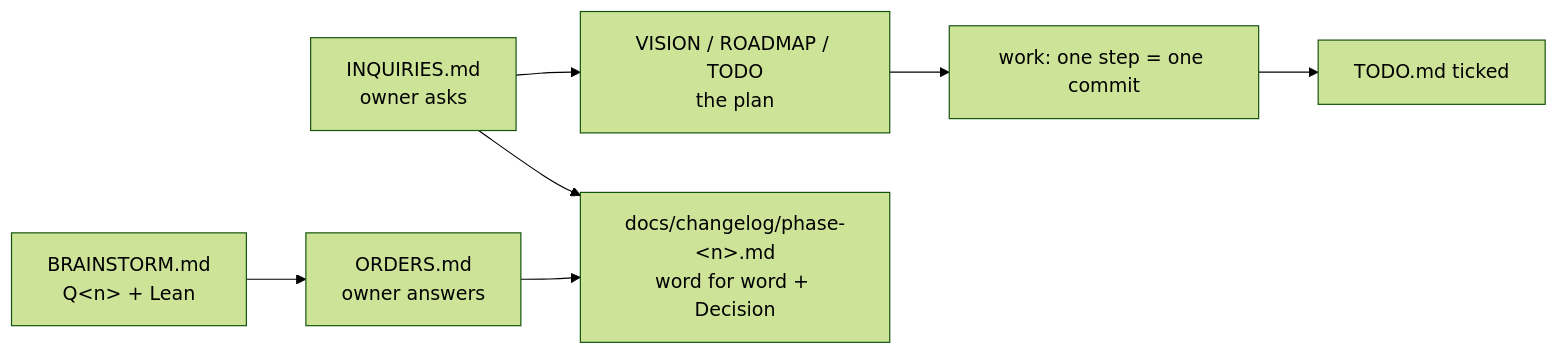
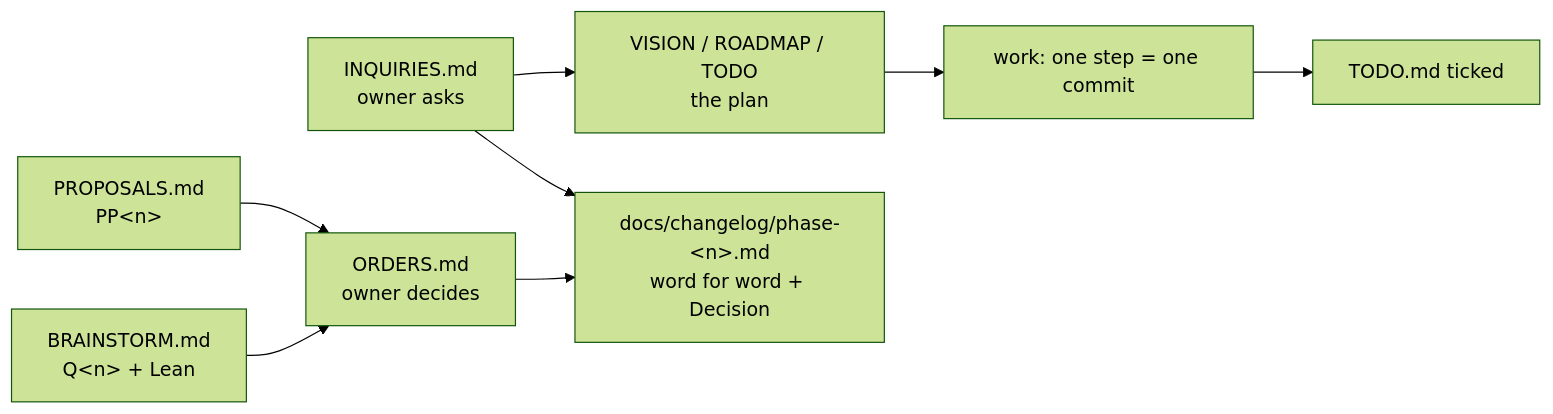
The diagram in docs/devlog/README.md (Sarverott/P-jol-roll), drawn with Mermaid (forest theme) before and after one commit. The commit also changed other lines of this file and 21 other files, not shown here.

First line of the commit message:
docs(devlog): orders and inquiries into the changelog; ORDERS decides proposals; phase 10 planned

````diff
--- a/docs/devlog/README.md
+++ b/docs/devlog/README.md
@@ -23,9 +23,10 @@
 ```mermaid
 flowchart LR
-  Q[BRAINSTORM.md<br/>Q&lt;n&gt; + Lean] --> O[ORDERS.md<br/>owner answers]
+  Q[BRAINSTORM.md<br/>Q&lt;n&gt; + Lean] --> O[ORDERS.md<br/>owner decides]
+  R[PROPOSALS.md<br/>PP&lt;n&gt;] --> O
   I[INQUIRIES.md<br/>owner asks] --> P[VISION / ROADMAP / TODO<br/>the plan]
   O --> C[docs/changelog/phase-&lt;n&gt;.md<br/>word for word + Decision]
   I --> C
   P --> W[work: one step = one commit]
   W --> T[TODO.md ticked]
 ```
````
